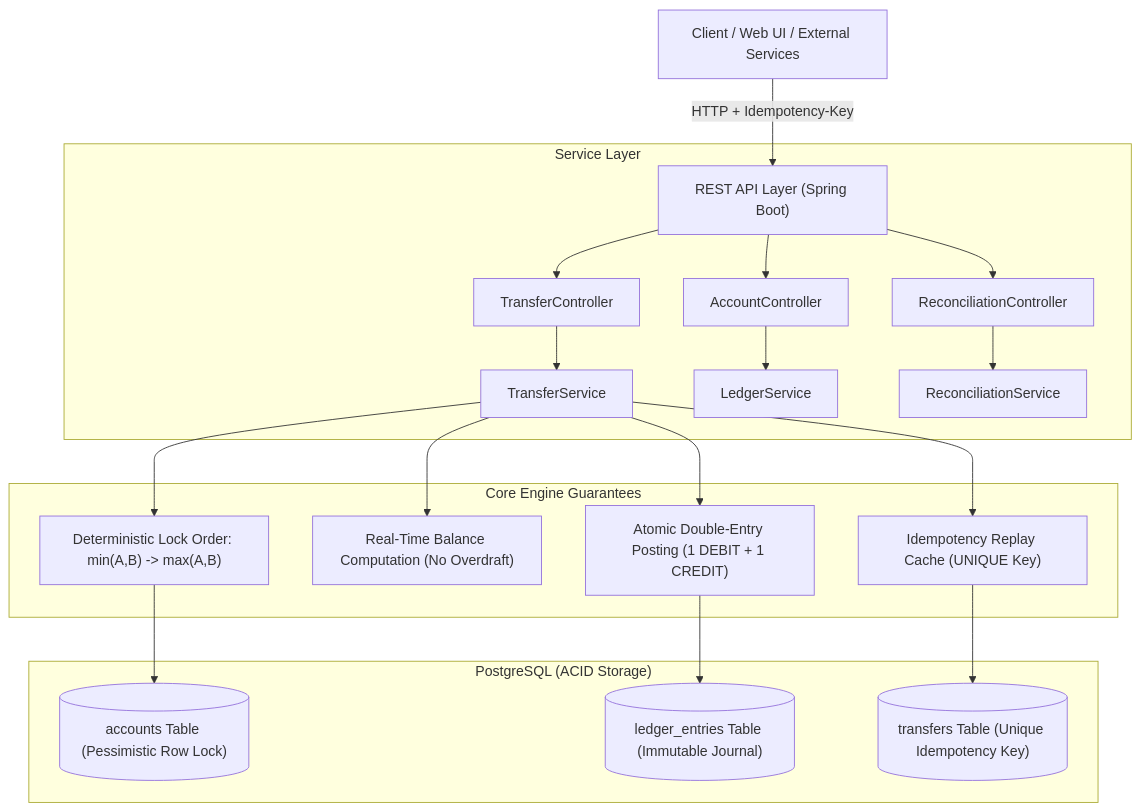
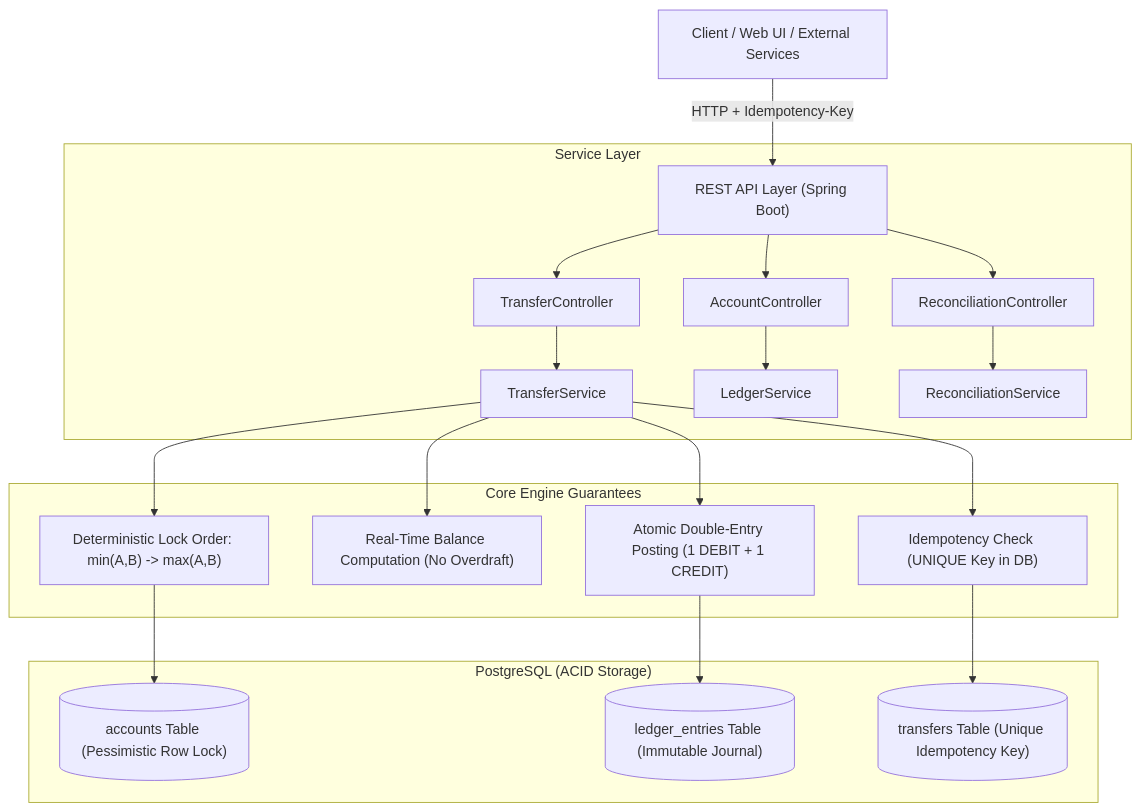
One commit to yashjangrra/wallet-ledger-service changed the first of 4 diagrams in README.md. Above: the diagram before and after it, drawn with Mermaid. The commit also changed other lines of this file and 2 other files, not shown here.

Commit message:
docs: polish README with honest scope note, design trade-offs, and roadmap

````diff
--- a/README.md
+++ b/README.md
@@ -40,27 +43,27 @@
 ```mermaid
 flowchart TD
     Client["Client / Web UI / External Services"] -->|"HTTP + Idempotency-Key"| API["REST API Layer (Spring Boot)"]
 
     subgraph Service Layer
         API --> AccountCtrl["AccountController"]
         API --> TransferCtrl["TransferController"]
         API --> ReconCtrl["ReconciliationController"]
         
         TransferCtrl --> TransferSvc["TransferService"]
         AccountCtrl --> LedgerSvc["LedgerService"]
         ReconCtrl --> ReconSvc["ReconciliationService"]
     end
 
     subgraph Core Engine Guarantees
         TransferSvc --> LockMgr["Deterministic Lock Order: min(A,B) -> max(A,B)"]
         TransferSvc --> BalCheck["Real-Time Balance Computation (No Overdraft)"]
         TransferSvc --> DoubleEntry["Atomic Double-Entry Posting (1 DEBIT + 1 CREDIT)"]
-        TransferSvc --> IdempEngine["Idempotency Replay Cache (UNIQUE Key)"]
+        TransferSvc --> IdempEngine["Idempotency Check (UNIQUE Key in DB)"]
     end
 
     subgraph Database Layer ["PostgreSQL (ACID Storage)"]
         LockMgr --> DB_Acc[("accounts Table (Pessimistic Row Lock)")]
         DoubleEntry --> DB_Entries[("ledger_entries Table (Immutable Journal)")]
         IdempEngine --> DB_Transfers[("transfers Table (Unique Idempotency Key)")]
     end
 ```
````
